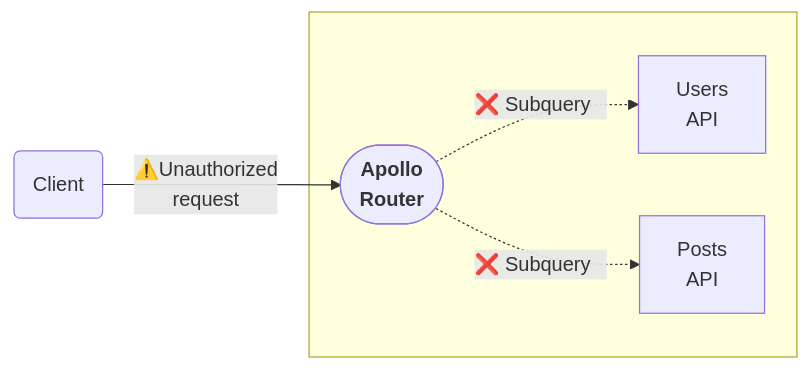
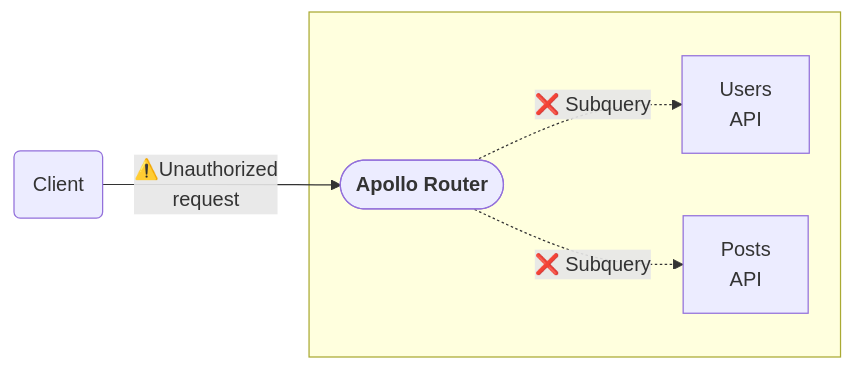
Before and after one commit to apollographql/router: the first of 3 diagrams in docs/source/configuration/authorization.mdx, drawn with Mermaid. The commit also changed other lines of this file, not shown here.

Commit message:
Revert Mermaid changes

````diff
--- a/docs/source/configuration/authorization.mdx
+++ b/docs/source/configuration/authorization.mdx
@@ -17,11 +17,11 @@
   ```mermaid
   flowchart LR;
     clients(Client);
     subgraph Router[" "]
-      router(["<b>Apollo<br/>Router</b>"]);
+      router(["<b>Apollo Router</b>"]);
       serviceB[Users<br/>API];
       serviceC[Posts<br/>API];
     end
-    router -.->|"❌ Subquery&nbsp&nbsp&nbsp"| serviceB & serviceC;
+    router -.->|"❌ Subquery"| serviceB & serviceC;
     clients -->|"⚠️Unauthorized <br/>request"| router;
   ```
````
